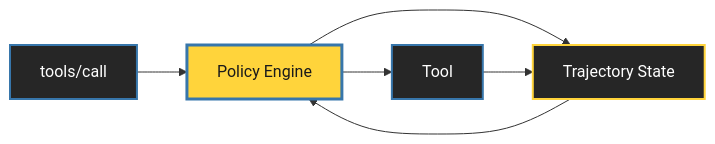
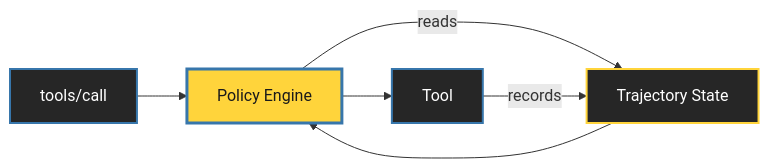
One commit to susmitpy/talks changed the second of 2 diagrams in agentcore_policy.md. Above: the diagram before and after it, drawn with Mermaid. The commit also changed other lines of this file, not shown here.

````diff
--- a/agentcore_policy.md
+++ b/agentcore_policy.md
@@ -485,13 +444,13 @@
 ```mermaid
 graph LR
     A[tools/call] --> B[Policy Engine]
-    B --> C[Trajectory State]
+    B -->|reads| C[Trajectory State]
     C --> B
     B --> D[Tool]
-    D --> C
+    D -->|records| C
 
     classDef box fill:#262626,stroke:#3776AB,stroke-width:2px,color:#fff;
     class A,D box;
     style B fill:#FFD43B,stroke:#3776AB,stroke-width:3px,color:#1a1a1a
     style C fill:#262626,stroke:#FFD43B,stroke-width:2px,color:#fff
 ```
````
